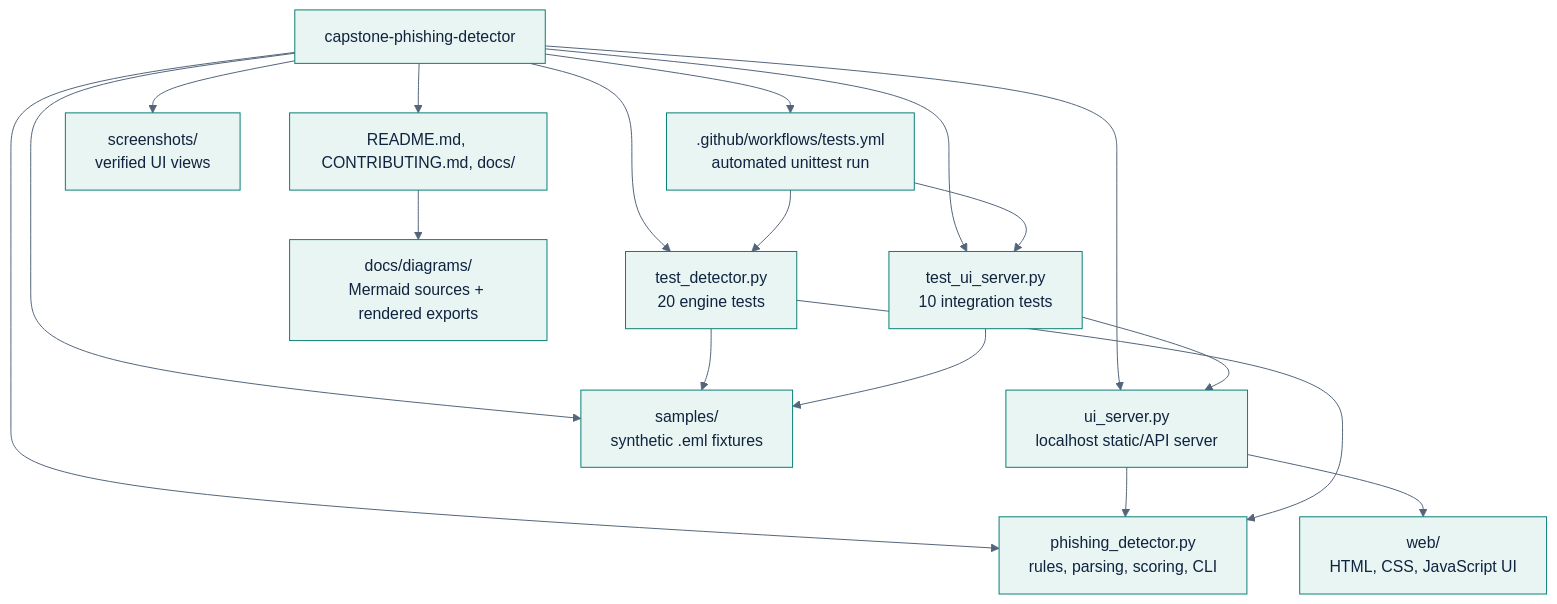
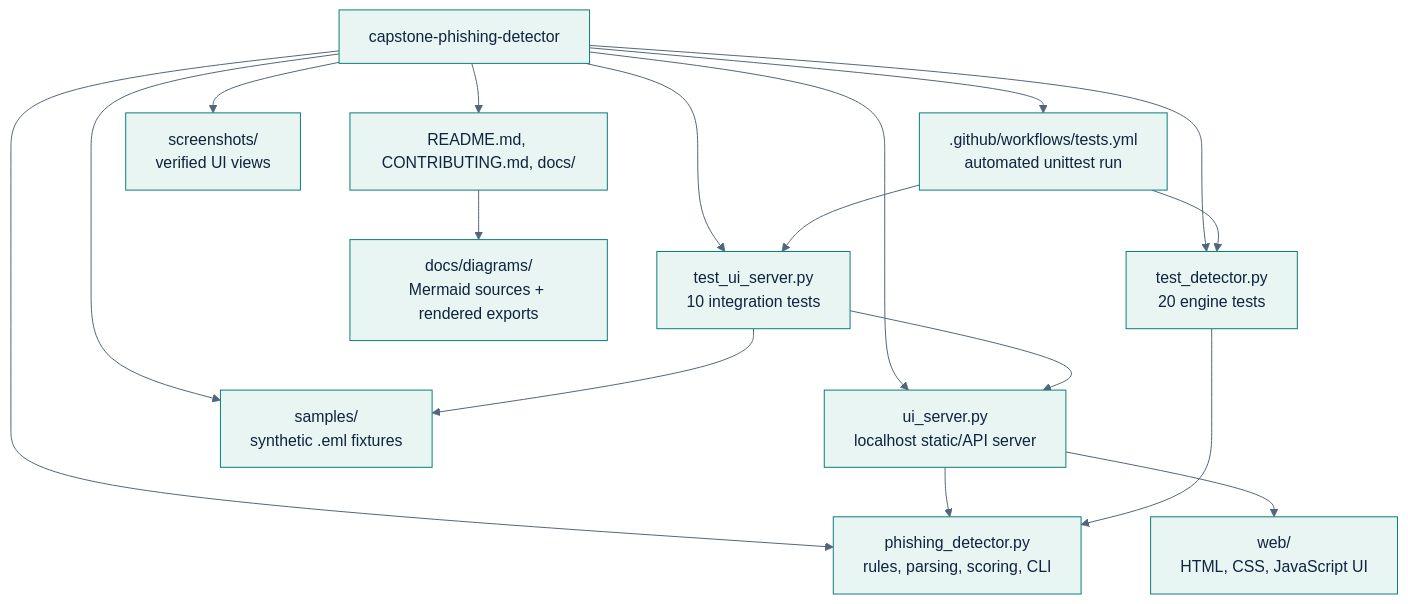
One commit to Tyreezebreezy/capstone-phishing-detector changed the diagram in docs/diagrams/components.mmd. Above: the diagram before and after it, drawn with Mermaid. The commit also changed 29 other files, not shown here.

Commit message:
Polish project documentation and correct implementation diagrams

```diff
--- a/docs/diagrams/components.mmd
+++ b/docs/diagrams/components.mmd
@@ -1,20 +1,19 @@
 %%{init: {"theme":"base","themeVariables":{"primaryColor":"#e8f5f2","primaryTextColor":"#10233f","primaryBorderColor":"#087f75","lineColor":"#52657a","secondaryColor":"#eef3f7","tertiaryColor":"#fff7df","fontFamily":"Arial"}}}%%
 flowchart TD
     Repo[capstone-phishing-detector]
     Repo --> Engine["phishing_detector.py<br/>rules, parsing, scoring, CLI"]
     Repo --> Server["ui_server.py<br/>localhost static/API server"]
     Server --> Web["web/<br/>HTML, CSS, JavaScript UI"]
     Server --> Engine
     Repo --> Unit["test_detector.py<br/>20 engine tests"]
     Unit --> Engine
     Repo --> Integration["test_ui_server.py<br/>10 integration tests"]
     Integration --> Server
     Repo --> Samples["samples/<br/>synthetic .eml fixtures"]
-    Unit --> Samples
     Integration --> Samples
     Repo --> Docs["README.md, CONTRIBUTING.md, docs/"]
     Docs --> Diagrams["docs/diagrams/<br/>Mermaid sources + rendered exports"]
     Repo --> CI[".github/workflows/tests.yml<br/>automated unittest run"]
     CI --> Unit
     CI --> Integration
     Repo --> Screens["screenshots/<br/>verified UI views"]
```
